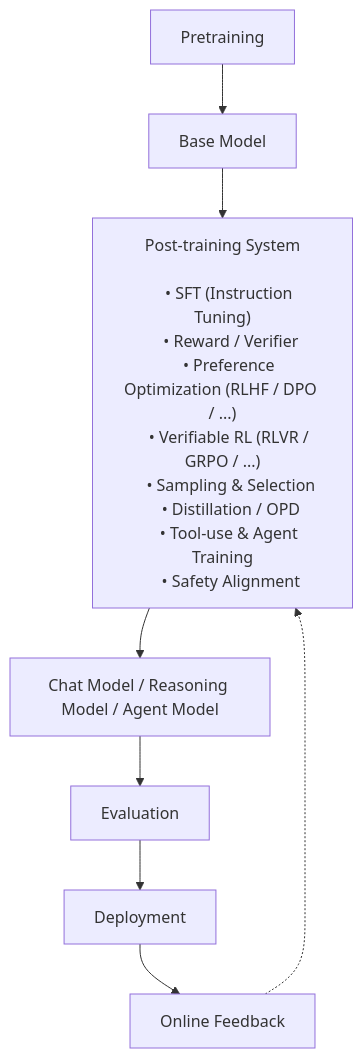
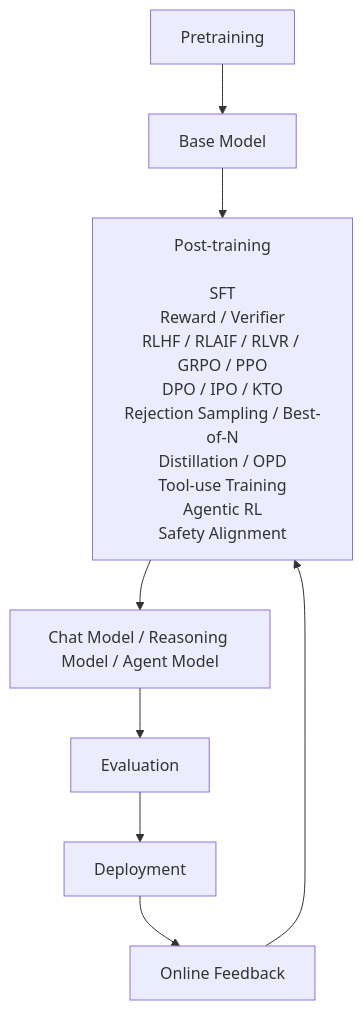
Before and after one commit to 7Hu0v0/lets_build_an_llm: the diagram in references/01_pipeline/01g_post_training.md, drawn with Mermaid.

Commit message:
Refactor post-training flowchart for clarity

````diff
--- a/references/01_pipeline/01g_post_training.md
+++ b/references/01_pipeline/01g_post_training.md
@@ -71,23 +71,10 @@
 ```mermaid
 flowchart TD
     A[Pretraining] --> B[Base Model]
-
-    B --> C["Post-training System
-
-    • SFT (Instruction Tuning)
-    • Reward / Verifier
-    • Preference Optimization (RLHF / DPO / ...)
-    • Verifiable RL (RLVR / GRPO / ...)
-    • Sampling & Selection
-    • Distillation / OPD
-    • Tool-use & Agent Training
-    • Safety Alignment"]
-
+    B --> C["Post-training<br/><br/>SFT<br/>Reward / Verifier<br/>RLHF / RLAIF / RLVR / GRPO / PPO<br/>DPO / IPO / KTO<br/>Rejection Sampling / Best-of-N<br/>Distillation / OPD<br/>Tool-use Training<br/>Agentic RL<br/>Safety Alignment"]
     C --> D[Chat Model / Reasoning Model / Agent Model]
-
     D --> E[Evaluation]
     E --> F[Deployment]
     F --> G[Online Feedback]
-
-    G -.-> C
+    G --> C
 ```
````
